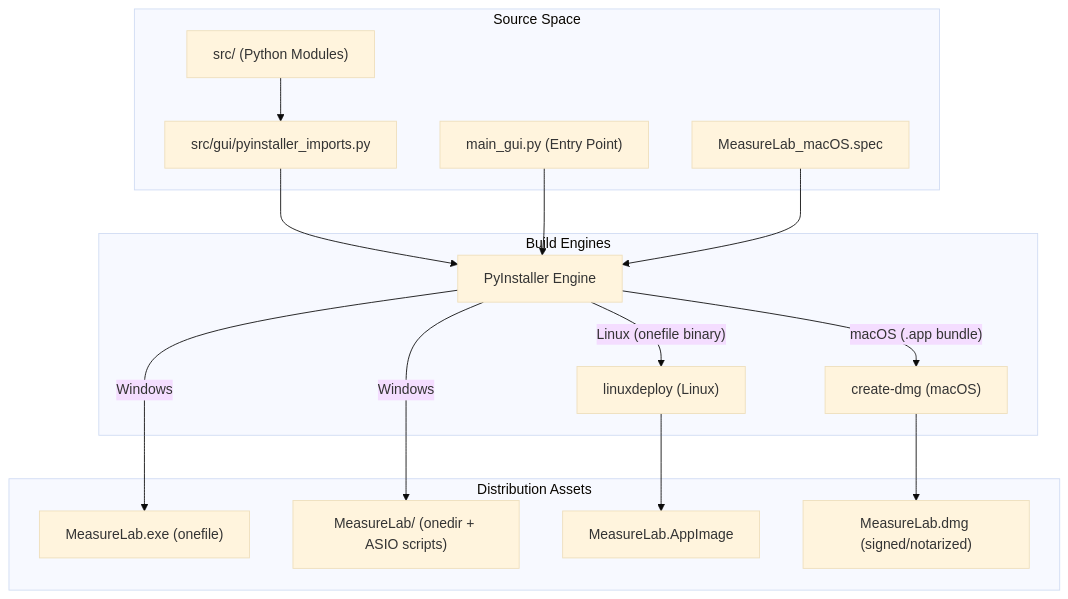
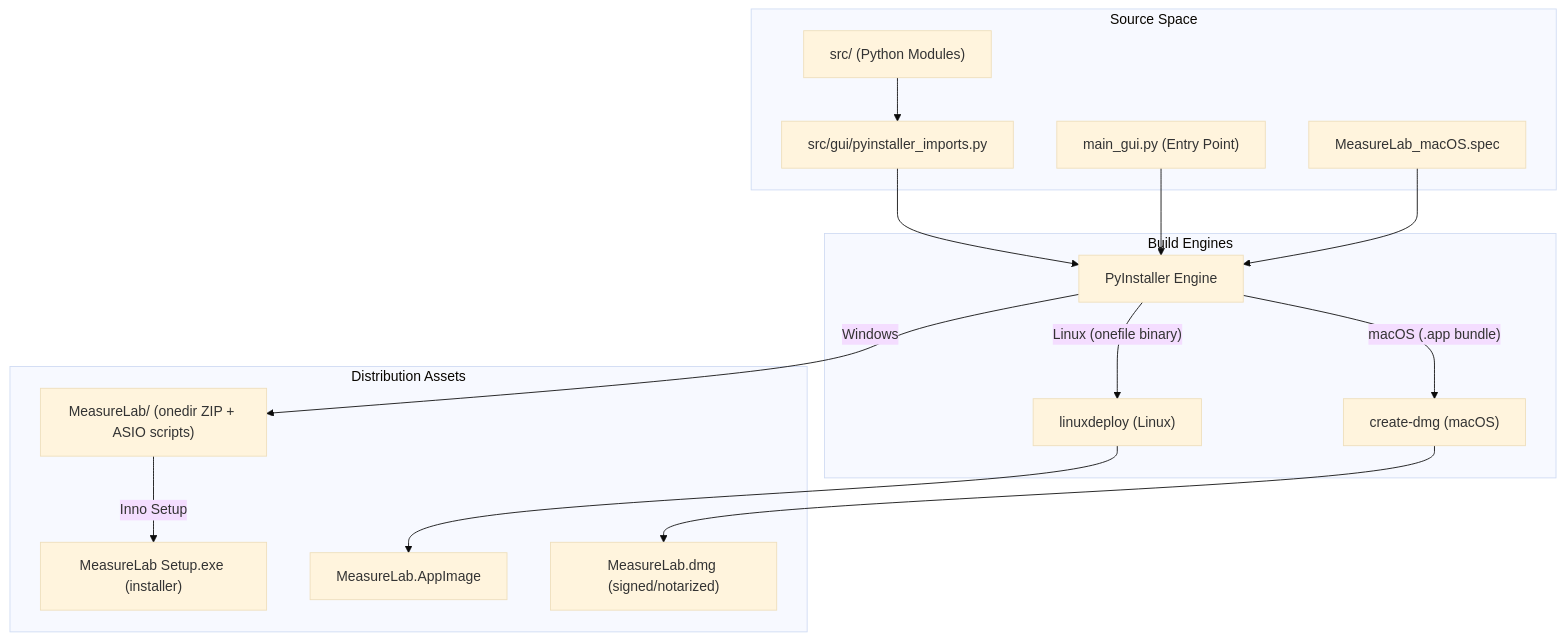
Before and after one commit to youtube-at-vach/MeasureLab: the first of 2 diagrams in .github/deepwiki/7.1-multi-platform-build-workflows.md, drawn with Mermaid (base theme). The commit also changed other lines of this file and 11 other files, not shown here.

Commit message:
Standardize Windows distribution on installer and onedir ZIP

````diff
--- a/.github/deepwiki/7.1-multi-platform-build-workflows.md
+++ b/.github/deepwiki/7.1-multi-platform-build-workflows.md
@@ -36,34 +36,34 @@
 ```mermaid
 graph TD
     subgraph "Source Space"
         SRC["src/ (Python Modules)"]
         MAIN["main_gui.py (Entry Point)"]
         SPEC["MeasureLab_macOS.spec"]
         IMPORTS["src/gui/pyinstaller_imports.py"]
     end
 
     subgraph "Build Engines"
         PYI["PyInstaller Engine"]
         LDEPLOY["linuxdeploy (Linux)"]
         CDMG["create-dmg (macOS)"]
     end
 
     subgraph "Distribution Assets"
-        WIN_ONE["MeasureLab.exe (onefile)"]
-        WIN_DIR["MeasureLab/ (onedir + ASIO scripts)"]
+        WIN_SETUP["MeasureLab Setup.exe (installer)"]
+        WIN_DIR["MeasureLab/ (onedir ZIP + ASIO scripts)"]
         LIN_APP["MeasureLab.AppImage"]
         MAC_DMG["MeasureLab.dmg (signed/notarized)"]
     end
 
     SRC --> IMPORTS
     IMPORTS --> PYI
     MAIN --> PYI
     SPEC --> PYI
     
-    PYI -- "Windows" --> WIN_ONE
     PYI -- "Windows" --> WIN_DIR
+    WIN_DIR -- "Inno Setup" --> WIN_SETUP
     PYI -- "Linux (onefile binary)" --> LDEPLOY
     LDEPLOY --> LIN_APP
     PYI -- "macOS (.app bundle)" --> CDMG
     CDMG --> MAC_DMG
 ```
````
